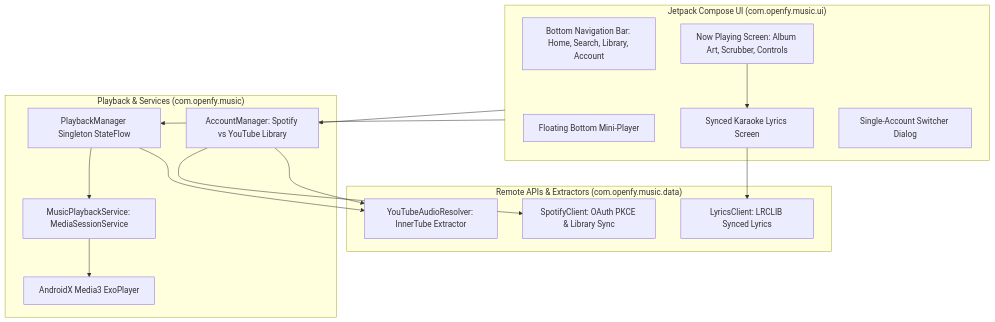
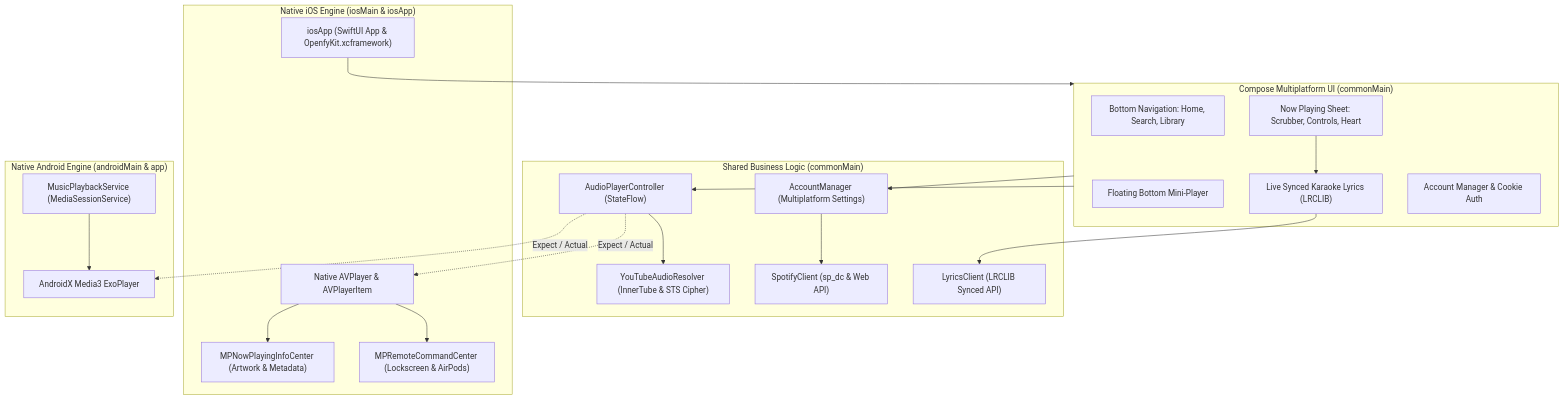
Before and after one commit to Zcross091/Openfy: the diagram in README.md, drawn with Mermaid. The commit also changed other lines of this file and 47 other files, not shown here.

Commit message:
feat(ios): add iOS support via Compose Multiplatform, AVPlayer, and macOS CI workflow

````diff
--- a/README.md
+++ b/README.md
@@ -79,33 +137,44 @@
 ```mermaid
 flowchart TD
-    subgraph UI["Jetpack Compose UI (com.openfy.music.ui)"]
-        Nav[Bottom Navigation Bar: Home, Search, Library, Account]
-        MiniPlayer[Floating Bottom Mini-Player]
-        NowPlaying[Now Playing Screen: Album Art, Scrubber, Controls]
-        LyricsView[Synced Karaoke Lyrics Screen]
-        AccountModal[Single-Account Switcher Dialog]
+    subgraph UI["Compose Multiplatform UI (commonMain)"]
+        Nav["Bottom Navigation: Home, Search, Library"]
+        MiniPlayer["Floating Bottom Mini-Player"]
+        NowPlaying["Now Playing Sheet: Scrubber, Controls, Heart"]
+        LyricsView["Live Synced Karaoke Lyrics (LRCLIB)"]
+        AccountDialog["Account Manager & Cookie Auth"]
     end
 
-    subgraph Core["Playback & Services (com.openfy.music)"]
-        MusicService[MusicPlaybackService: MediaSessionService]
-        ExoPlayer[AndroidX Media3 ExoPlayer]
-        PlaybackMgr[PlaybackManager Singleton StateFlow]
-        AccountMgr[AccountManager: Spotify vs YouTube Library]
+    subgraph Core["Shared Business Logic (commonMain)"]
+        PlaybackController["AudioPlayerController (StateFlow)"]
+        AccountManager["AccountManager (Multiplatform Settings)"]
+        YTEngine["YouTubeAudioResolver (InnerTube & STS Cipher)"]
+        SpotifyClient["SpotifyClient (sp_dc & Web API)"]
+        LyricsClient["LyricsClient (LRCLIB Synced API)"]
     end
 
-    subgraph Data["Remote APIs & Extractors (com.openfy.music.data)"]
-        YTEngine[YouTubeAudioResolver: InnerTube Extractor]
-        SpotifyClient[SpotifyClient: OAuth PKCE & Library Sync]
-        LyricsClient[LyricsClient: LRCLIB Synced Lyrics]
+    subgraph iOS["Native iOS Engine (iosMain & iosApp)"]
+        AVPlayer["Native AVPlayer & AVPlayerItem"]
+        NowPlayingCenter["MPNowPlayingInfoCenter (Artwork & Metadata)"]
+        RemoteCommands["MPRemoteCommandCenter (Lockscreen & AirPods)"]
+        SwiftApp["iosApp (SwiftUI App & OpenfyKit.xcframework)"]
     end
 
-    UI --> PlaybackMgr
-    UI --> AccountMgr
-    PlaybackMgr --> MusicService
-    MusicService --> ExoPlayer
-    PlaybackMgr --> YTEngine
-    AccountMgr --> SpotifyClient
-    AccountMgr --> YTEngine
+    subgraph Android["Native Android Engine (androidMain & app)"]
+        ExoPlayer["AndroidX Media3 ExoPlayer"]
+        MediaService["MusicPlaybackService (MediaSessionService)"]
+    end
+
+    UI --> PlaybackController
+    UI --> AccountManager
+    PlaybackController --> YTEngine
+    AccountManager --> SpotifyClient
     NowPlaying --> LyricsView
     LyricsView --> LyricsClient
+
+    PlaybackController -.->|Expect / Actual| AVPlayer
+    PlaybackController -.->|Expect / Actual| ExoPlayer
+    AVPlayer --> NowPlayingCenter
+    AVPlayer --> RemoteCommands
+    SwiftApp --> UI
+    MediaService --> ExoPlayer
 ```
````
